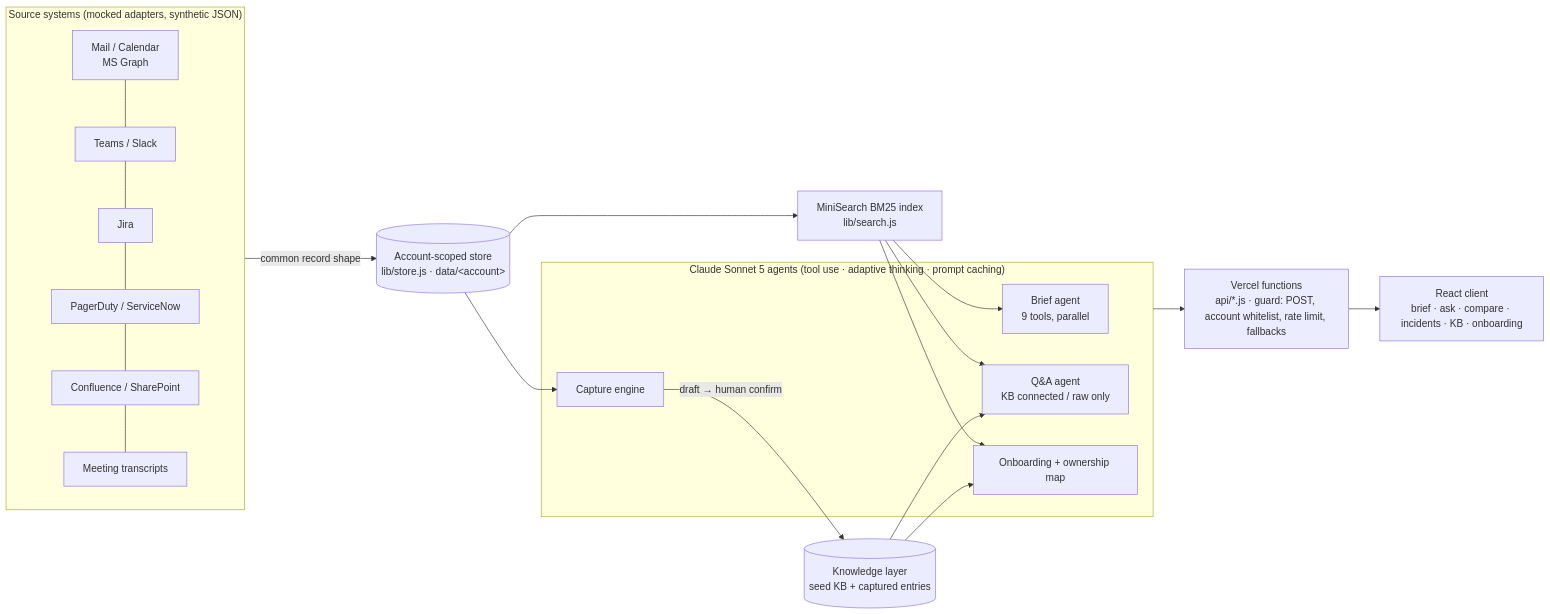
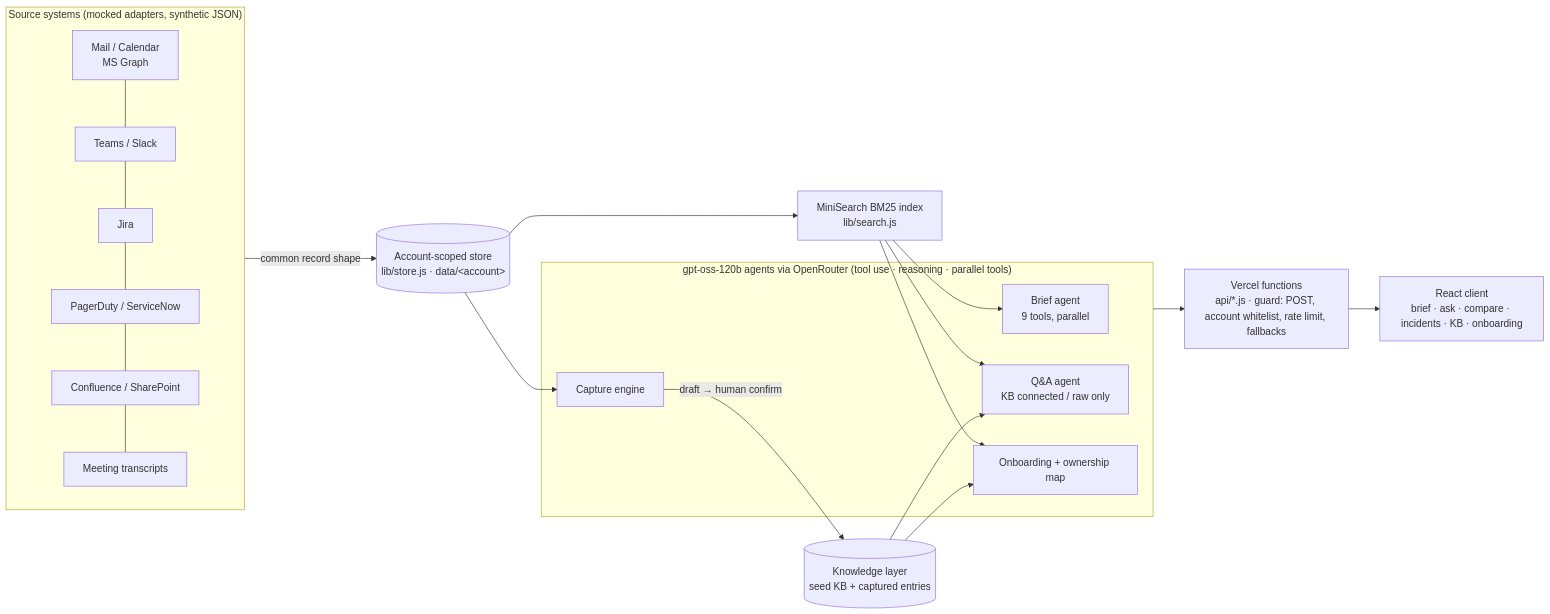
Before and after one commit to AryanKulathinal/COIH_D3: the diagram in README.md, drawn with Mermaid. The commit also changed other lines of this file and 5 other files, not shown here.

First line of the commit message:
docs: document the OpenRouter gpt-oss-120b runtime

````diff
--- a/README.md
+++ b/README.md
@@ -30,24 +30,24 @@
 ```mermaid
 flowchart LR
   subgraph Sources["Source systems (mocked adapters, synthetic JSON)"]
     M[Mail / Calendar<br/>MS Graph] --- C[Teams / Slack]
     C --- J[Jira]
     J --- P[PagerDuty / ServiceNow]
     P --- D[Confluence / SharePoint]
     D --- T[Meeting transcripts]
   end
   Sources -->|common record shape| S[(Account-scoped store<br/>lib/store.js · data/&lt;account&gt;)]
   S --> I[MiniSearch BM25 index<br/>lib/search.js]
-  subgraph Agents["Claude Sonnet 5 agents (tool use · adaptive thinking · prompt caching)"]
+  subgraph Agents["gpt-oss-120b agents via OpenRouter (tool use · reasoning · parallel tools)"]
     B[Brief agent<br/>9 tools, parallel]
     Q[Q&A agent<br/>KB connected / raw only]
     K[Capture engine]
     O[Onboarding + ownership map]
   end
   I --> B & Q & O
   S --> K
   K -->|draft → human confirm| KB[(Knowledge layer<br/>seed KB + captured entries)]
   KB --> Q & O
   Agents --> API[Vercel functions<br/>api/*.js · guard: POST, account whitelist, rate limit, fallbacks]
   API --> UI[React client<br/>brief · ask · compare · incidents · KB · onboarding]
 ```
````
